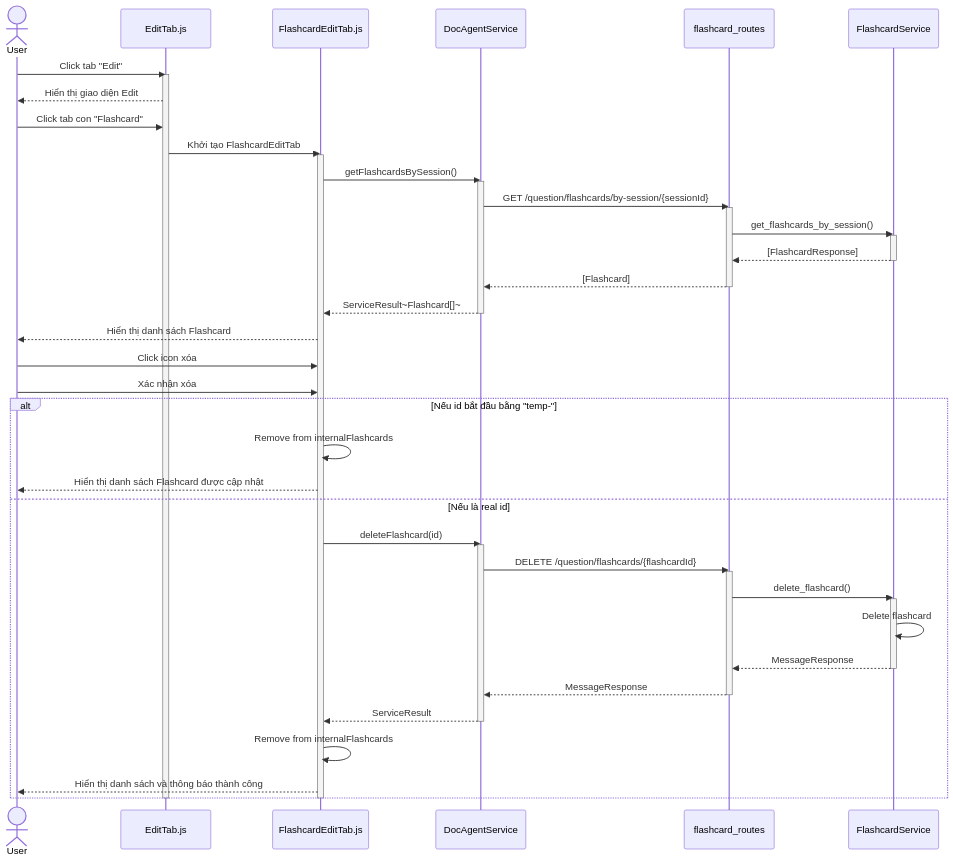
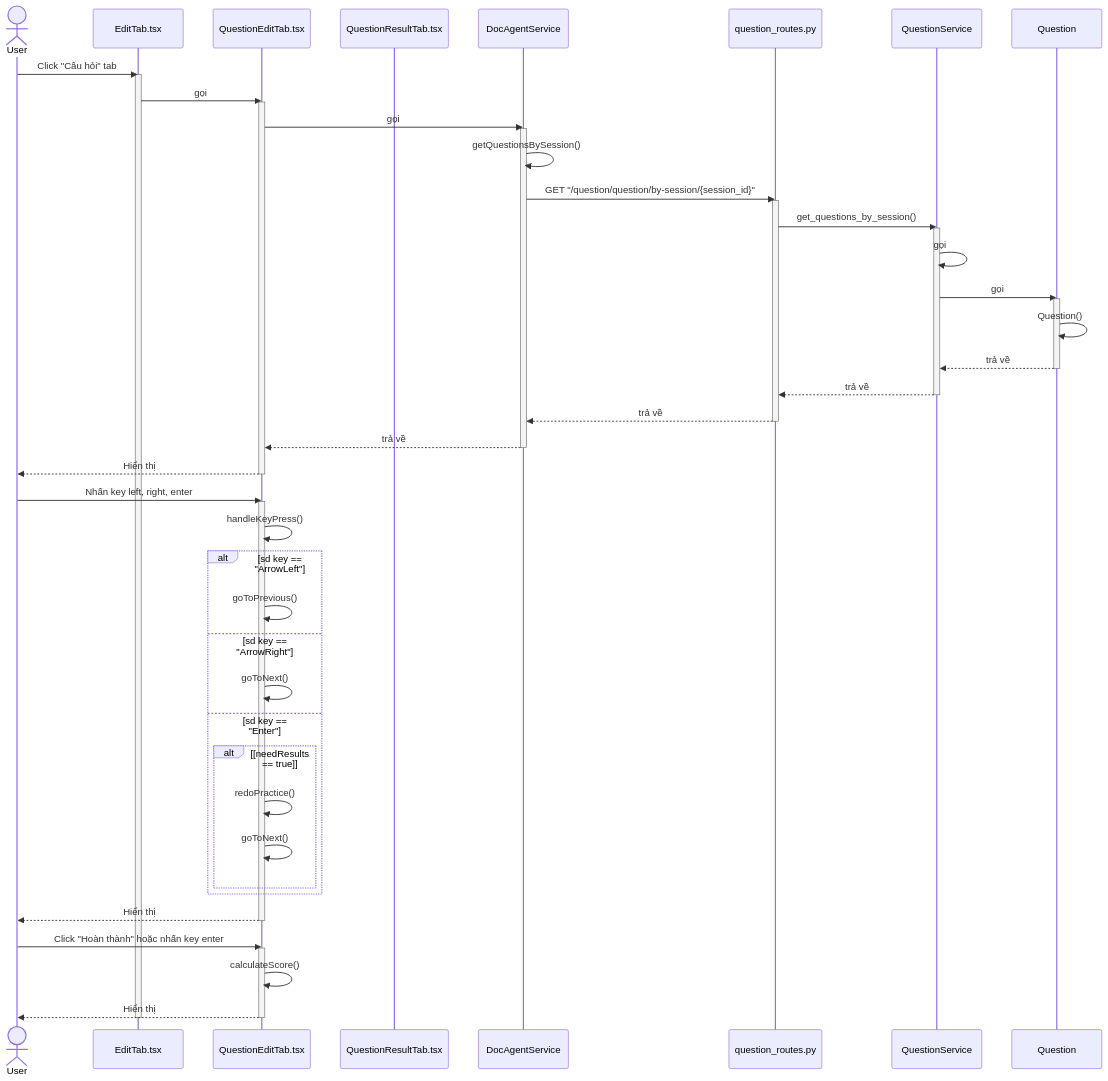
The ninth of 10 diagrams in question/4_question_management_seq.md (mduc-2610/gp_doc), drawn with Mermaid before and after one commit. The commit also changed other lines of this file and 34 other files, not shown here.

````diff
--- a/question/4_question_management_seq.md
+++ b/question/4_question_management_seq.md
@@ -417,59 +469,74 @@
 ```mermaid
 sequenceDiagram
     actor User
-    participant EditTab as EditTab.js
-    participant FlashcardEditTab as FlashcardEditTab.js
+    participant EditTab as EditTab.tsx
+    participant QuestionEditTab as QuestionEditTab.tsx
+    participant QuestionResultTab as QuestionResultTab.tsx
     participant DocAgentService as DocAgentService
-    participant FlashcardRoutes as flashcard_routes
-    participant FlashcardService as FlashcardService
+    participant QuestionRoutes as question_routes.py
+    participant QuestionService as QuestionService
+    participant Question as Question
 
-    User->>EditTab: Click tab "Edit"
+    User->>EditTab: Click "Câu hỏi" tab
     activate EditTab
-    EditTab-->>User: Hiển thị giao diện Edit
     
-    User->>EditTab: Click tab con "Flashcard"
-    EditTab->>FlashcardEditTab: Khởi tạo FlashcardEditTab
-    activate FlashcardEditTab
+    EditTab->>QuestionEditTab: gọi
+    activate QuestionEditTab
     
-    FlashcardEditTab->>DocAgentService: getFlashcardsBySession()
+    QuestionEditTab->>DocAgentService: gọi
     activate DocAgentService
-    DocAgentService->>FlashcardRoutes: GET /question/flashcards/by-session/{sessionId}
-    activate FlashcardRoutes
-    FlashcardRoutes->>FlashcardService: get_flashcards_by_session()
-    activate FlashcardService
-    FlashcardService-->>FlashcardRoutes: [FlashcardResponse]
-    deactivate FlashcardService
-    FlashcardRoutes-->>DocAgentService: [Flashcard]
-    deactivate FlashcardRoutes
-    DocAgentService-->>FlashcardEditTab: ServiceResult~Flashcard[]~
+    
+    DocAgentService->>DocAgentService: getQuestionsBySession()
+    DocAgentService->>QuestionRoutes: GET "/question/question/by-session/{session_id}"
+    activate QuestionRoutes
+    
+    QuestionRoutes->>QuestionService: get_questions_by_session()
+    activate QuestionService
+    
+    QuestionService->>QuestionService: gọi
+    QuestionService->>Question: gọi
+    activate Question
+    
+    Question->>Question: Question()
+    Question-->>QuestionService: trả về
+    deactivate Question
+    
+    QuestionService-->>QuestionRoutes: trả về
+    deactivate QuestionService
+    
+    QuestionRoutes-->>DocAgentService: trả về
+    deactivate QuestionRoutes
+    
+    DocAgentService-->>QuestionEditTab: trả về
     deactivate DocAgentService
     
-    FlashcardEditTab-->>User: Hiển thị danh sách Flashcard
+    QuestionEditTab-->>User: Hiển thị
+    deactivate QuestionEditTab
     
-    User->>FlashcardEditTab: Click icon xóa
-    User->>FlashcardEditTab: Xác nhận xóa
+    User->>QuestionEditTab: Nhấn key left, right, enter
+    activate QuestionEditTab
     
-    alt Nếu id bắt đầu bằng "temp-"
-        FlashcardEditTab->>FlashcardEditTab: Remove from internalFlashcards
-        FlashcardEditTab-->>User: Hiển thị danh sách Flashcard được cập nhật
-    else Nếu là real id
-        FlashcardEditTab->>DocAgentService: deleteFlashcard(id)
-        activate DocAgentService
-        DocAgentService->>FlashcardRoutes: DELETE /question/flashcards/{flashcardId}
-        activate FlashcardRoutes
-        FlashcardRoutes->>FlashcardService: delete_flashcard()
-        activate FlashcardService
-        FlashcardService->>FlashcardService: Delete flashcard
-        FlashcardService-->>FlashcardRoutes: MessageResponse
-        deactivate FlashcardService
-        FlashcardRoutes-->>DocAgentService: MessageResponse
-        deactivate FlashcardRoutes
-        DocAgentService-->>FlashcardEditTab: ServiceResult
-        deactivate DocAgentService
-        FlashcardEditTab->>FlashcardEditTab: Remove from internalFlashcards
-        FlashcardEditTab-->>User: Hiển thị danh sách và thông báo thành công
+    QuestionEditTab->>QuestionEditTab: handleKeyPress()
+    
+    alt sd key == "ArrowLeft"
+        QuestionEditTab->>QuestionEditTab: goToPrevious()
+    else sd key == "ArrowRight"
+        QuestionEditTab->>QuestionEditTab: goToNext()
+    else sd key == "Enter"
+        alt [needResults == true]
+            QuestionEditTab->>QuestionEditTab: redoPractice()
+            QuestionEditTab->>QuestionEditTab: goToNext()
+        end
     end
     
-    deactivate FlashcardEditTab
+    QuestionEditTab-->>User: Hiển thị
+    deactivate QuestionEditTab
+    
+    User->>QuestionEditTab: Click "Hoàn thành" hoặc nhấn key enter
+    activate QuestionEditTab
+    
+    QuestionEditTab->>QuestionEditTab: calculateScore()
+    QuestionEditTab-->>User: Hiển thị
+    deactivate QuestionEditTab
     deactivate EditTab
 ```
````
